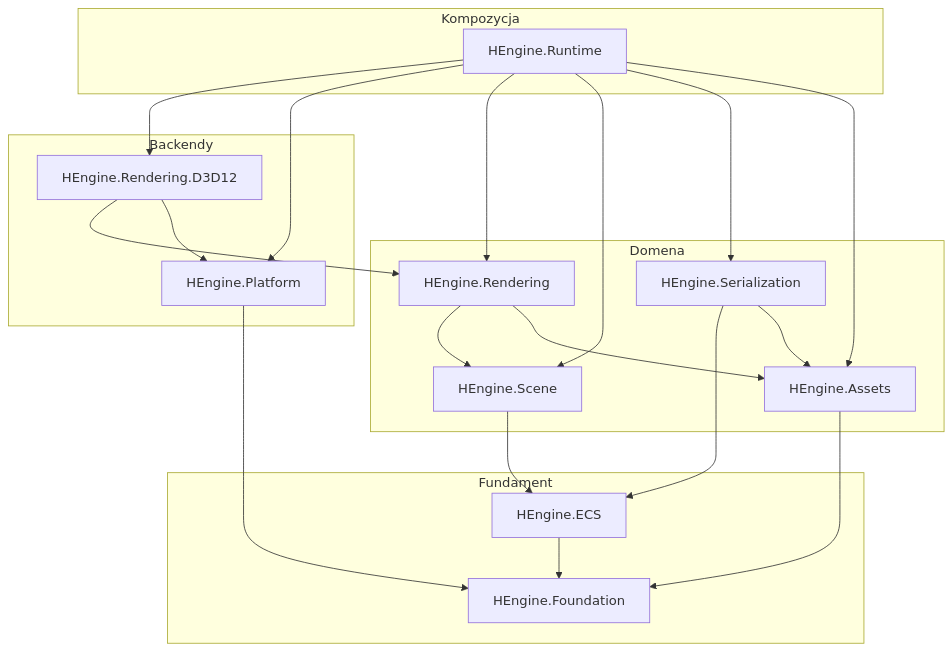
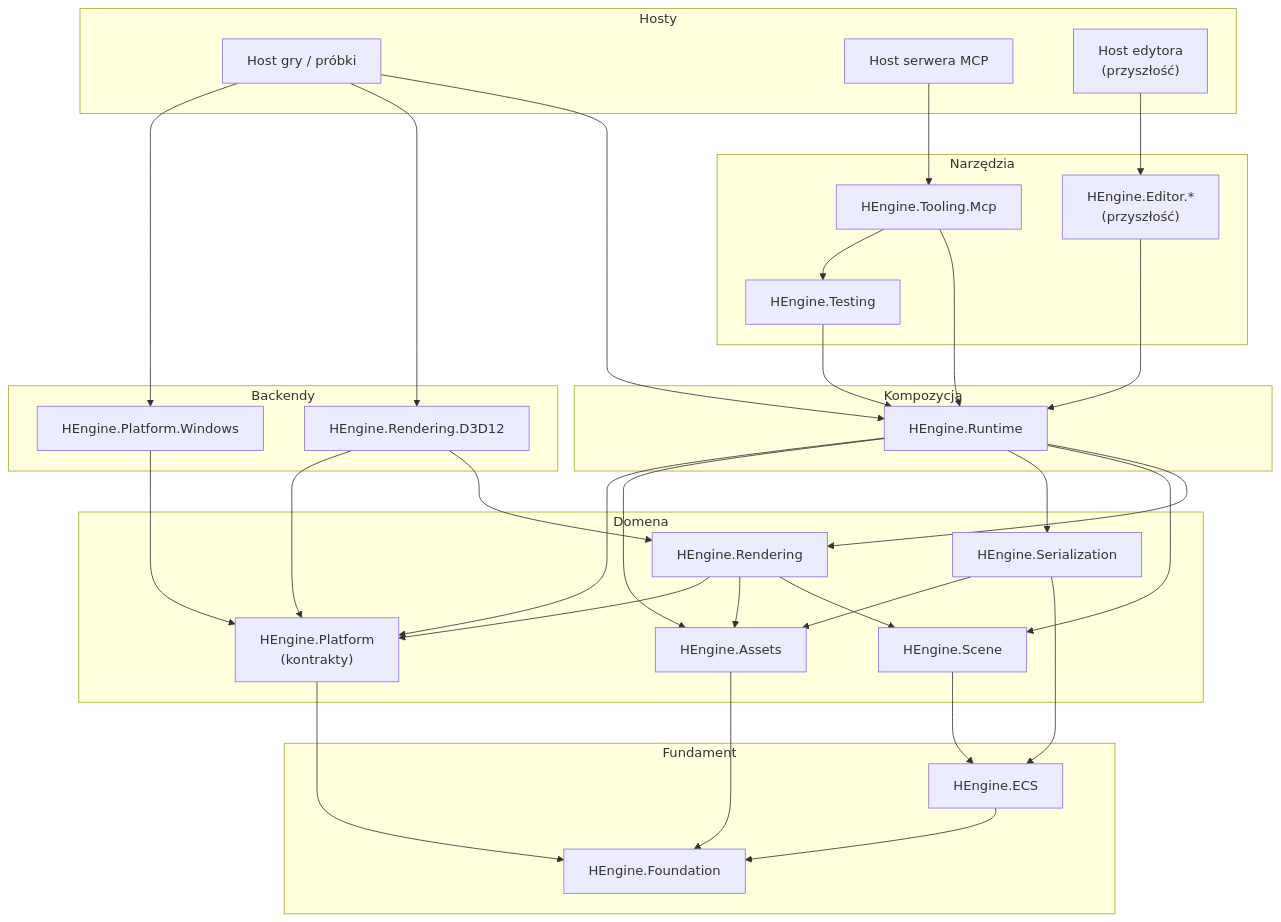
One commit to eXoz00rd/HEngine changed the second of 11 diagrams in docs/TARGET_ARCHITECTURE.md. Above: the diagram before and after it, drawn with Mermaid. The commit also changed other lines of this file and 1 other file, not shown here.

Commit message:
Refocus the target architecture document on the target state (#4)

````diff
--- a/docs/TARGET_ARCHITECTURE.md
+++ b/docs/TARGET_ARCHITECTURE.md
@@ -73,42 +155,67 @@
 ```mermaid
 flowchart TD
-    subgraph L4["Kompozycja"]
+    subgraph L5["Hosty"]
+        HGAME["Host gry / próbki"]
+        HMCP["Host serwera MCP"]
+        HED["Host edytora<br/>(przyszłość)"]
+    end
+
+    subgraph L4["Narzędzia"]
+        MCP["HEngine.Tooling.Mcp"]
+        TST["HEngine.Testing"]
+        ED["HEngine.Editor.*<br/>(przyszłość)"]
+    end
+
+    subgraph L3["Kompozycja"]
         RT["HEngine.Runtime"]
     end
 
-    subgraph L3["Backendy"]
+    subgraph L2B["Backendy"]
         D3D["HEngine.Rendering.D3D12"]
-        PLAT["HEngine.Platform"]
+        PWIN["HEngine.Platform.Windows"]
     end
 
-    subgraph L2["Domena"]
+    subgraph L2A["Domena"]
         REN["HEngine.Rendering"]
         SCN["HEngine.Scene"]
         SER["HEngine.Serialization"]
         AST["HEngine.Assets"]
+        PLAT["HEngine.Platform<br/>(kontrakty)"]
     end
 
     subgraph L1["Fundament"]
         ECS["HEngine.ECS"]
         FND["HEngine.Foundation"]
     end
 
-    RT --> D3D
-    RT --> PLAT
+    HGAME --> RT
+    HGAME --> D3D
+    HGAME --> PWIN
+    HMCP --> MCP
+    HED --> ED
+
+    MCP --> RT
+    MCP --> TST
+    TST --> RT
+    ED --> RT
+
     RT --> REN
     RT --> SCN
     RT --> SER
     RT --> AST
+    RT --> PLAT
 
     D3D --> REN
     D3D --> PLAT
+    PWIN --> PLAT
 
     REN --> SCN
     REN --> AST
+    REN --> PLAT
     SER --> ECS
     SER --> AST
     SCN --> ECS
     AST --> FND
     PLAT --> FND
     ECS --> FND
 ```
````
